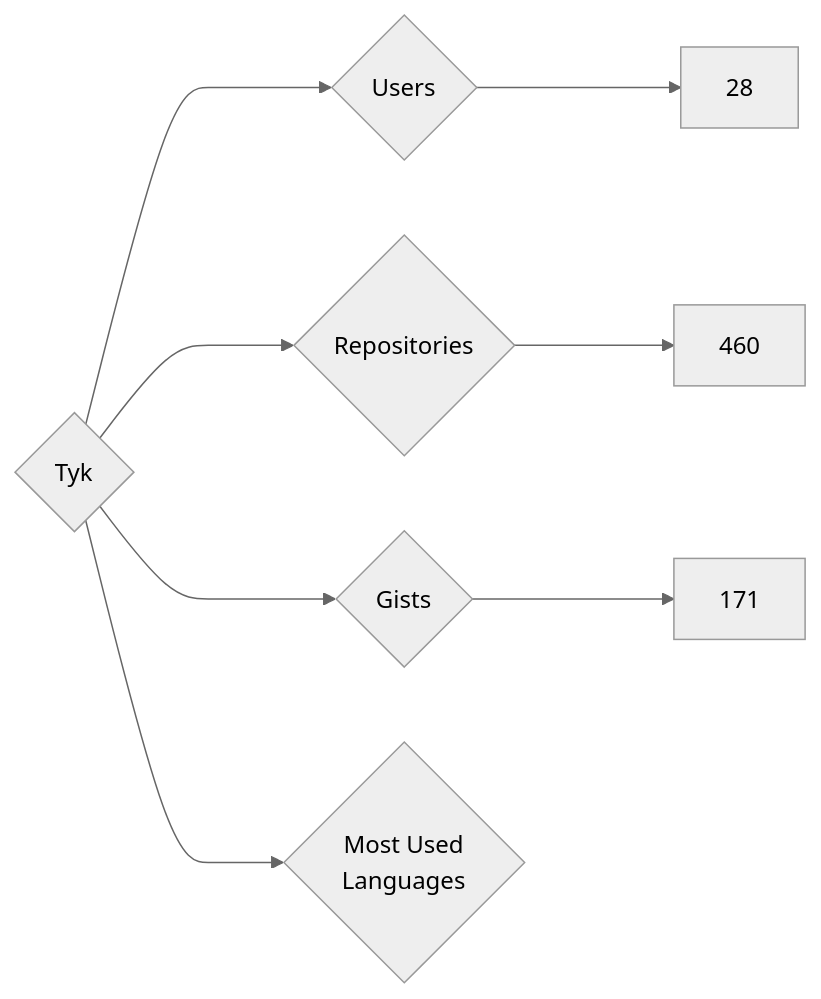
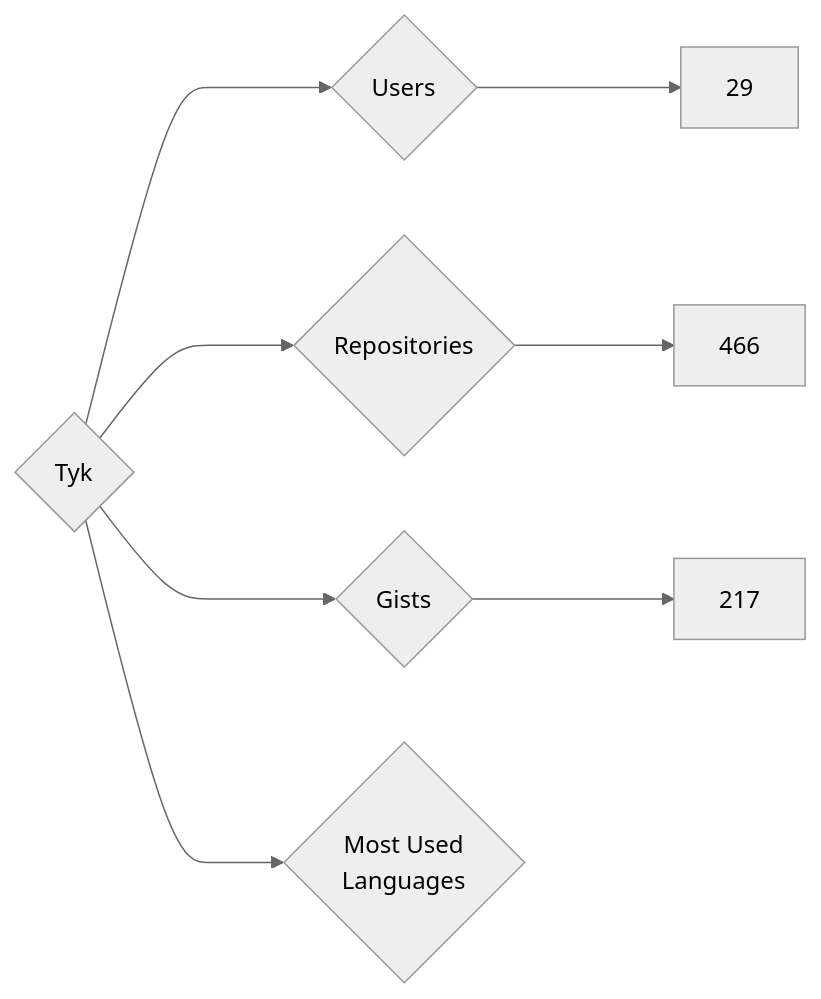
One commit to nenadzaric/insiders changed the diagram in targets/Tyk/README.md. Above: the diagram before and after it, drawn with Mermaid (neutral theme). The commit also changed 1342 other files, not shown here.

````diff
--- a/targets/Tyk/README.md
+++ b/targets/Tyk/README.md
@@ -3,8 +3,8 @@
 ```mermaid
 graph LR
 COMPANY_NAME{Tyk}
-COMPANY_NAME ---> U{Users} ---> UN[28]
-COMPANY_NAME ---> R{Repositories} ---> RN[460]
-COMPANY_NAME ---> G{Gists} ---> GN[171]
+COMPANY_NAME ---> U{Users} ---> UN[29]
+COMPANY_NAME ---> R{Repositories} ---> RN[466]
+COMPANY_NAME ---> G{Gists} ---> GN[217]
 COMPANY_NAME ---> ML{Most Used<br>Languages}
 ```
````
